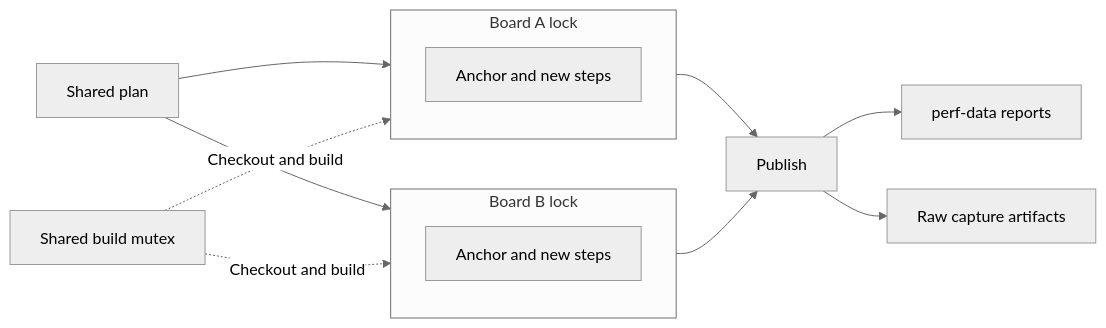
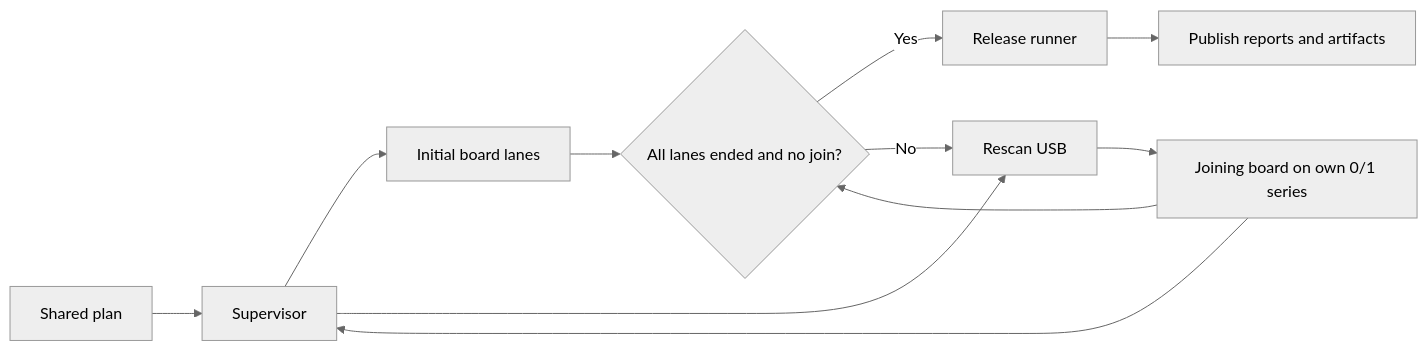
One commit to jose-villegas/autana changed the third of 4 diagrams in launcher/tools/perf/README.md. Above: the diagram before and after it, drawn with Mermaid (neutral theme). The commit also changed other lines of this file and 3 other files, not shown here.

Commit message:
perf: keep nightly lanes supervised through shutdown (autana-ajeu0)

````diff
--- a/launcher/tools/perf/README.md
+++ b/launcher/tools/perf/README.md
@@ -260,18 +260,13 @@
 ```mermaid
 flowchart LR
-    Plan[Shared plan] --> A
-    Plan --> B
-    subgraph A[Board A lock]
-        LaneA[Anchor and new steps]
-    end
-    subgraph B[Board B lock]
-        LaneB[Anchor and new steps]
-    end
-    Mutex[Shared build mutex]
-    Mutex -. Checkout and build .-> A
-    Mutex -. Checkout and build .-> B
-    A --> Publish[Publish]
-    B --> Publish
-    Publish --> Data[perf-data reports]
-    Publish --> Artifacts[Raw capture artifacts]
+    Plan[Shared plan] --> Supervisor
+    Supervisor --> A[Initial board lanes]
+    Supervisor --> Scan[Rescan USB]
+    Scan --> Join[Joining board on own 0/1 series]
+    Join --> Supervisor
+    A --> Done{All lanes ended and no join?}
+    Join --> Done
+    Done -->|Yes| Release[Release runner]
+    Done -->|No| Scan
+    Release --> Publish[Publish reports and artifacts]
 ```
````
